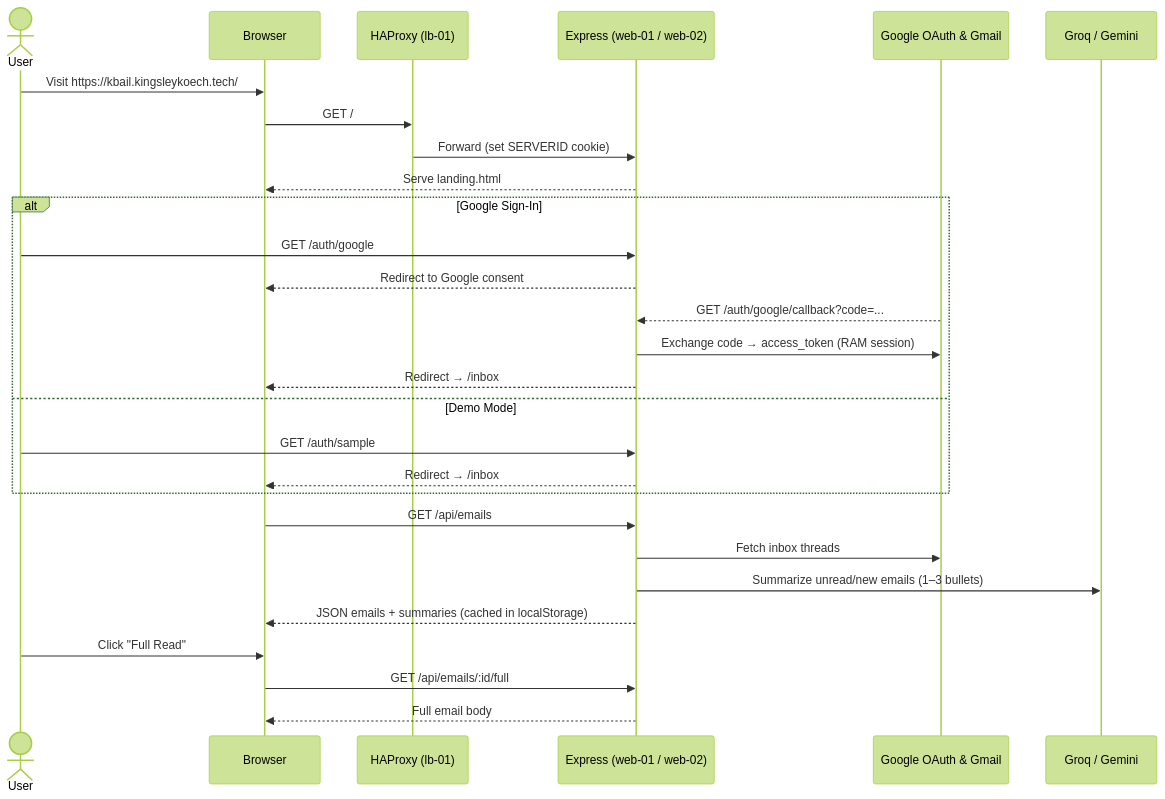
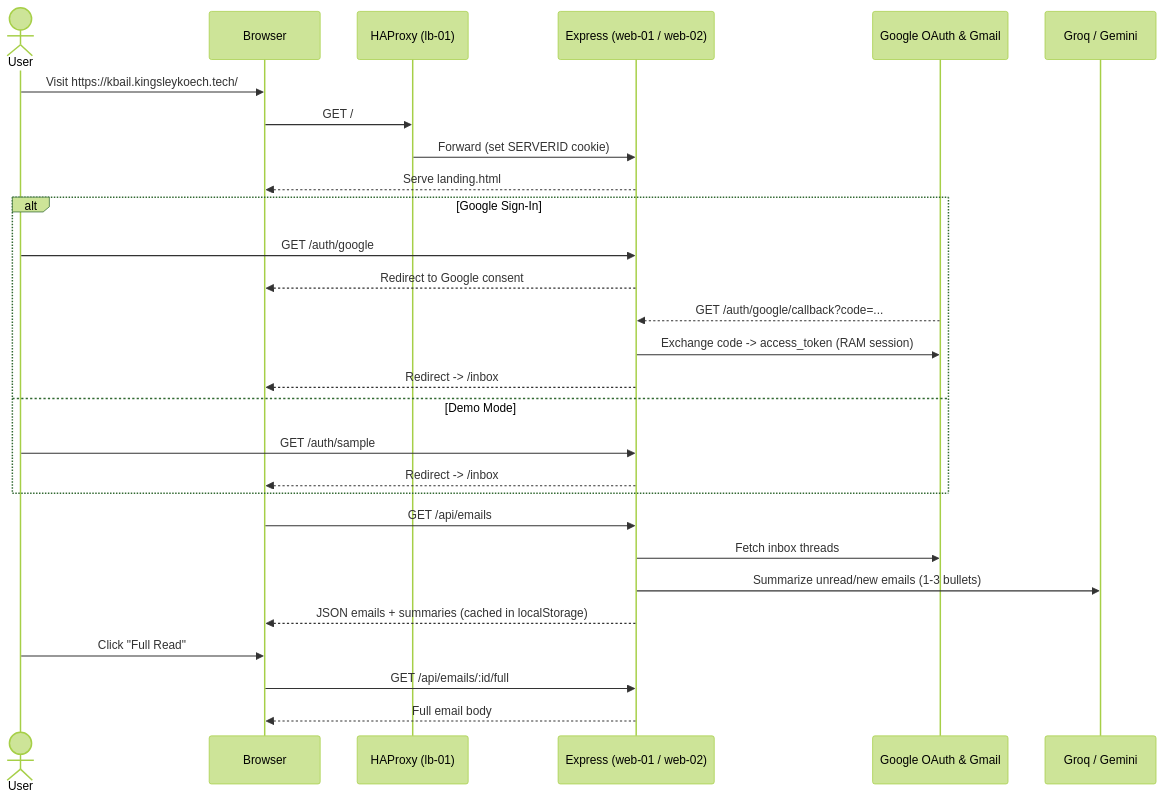
One commit to kingsleykipkoech/K-Bail- changed the second of 2 diagrams in README.md. Above: the diagram before and after it, drawn with Mermaid (forest theme). The commit also changed other lines of this file, not shown here.

````diff
--- a/README.md
+++ b/README.md
@@ -50,34 +50,34 @@
 ```mermaid
 sequenceDiagram
     actor User
     participant Browser
     participant LB as HAProxy (lb-01)
     participant App as Express (web-01 / web-02)
     participant Google as Google OAuth & Gmail
     participant AI as Groq / Gemini
 
     User->>Browser: Visit https://kbail.kingsleykoech.tech/
     Browser->>LB: GET /
     LB->>App: Forward (set SERVERID cookie)
     App-->>Browser: Serve landing.html
 
     alt Google Sign-In
         User->>App: GET /auth/google
         App-->>Browser: Redirect to Google consent
         Google-->>App: GET /auth/google/callback?code=...
-        App->>Google: Exchange code → access_token (RAM session)
-        App-->>Browser: Redirect → /inbox
+        App->>Google: Exchange code -> access_token (RAM session)
+        App-->>Browser: Redirect -> /inbox
     else Demo Mode
         User->>App: GET /auth/sample
-        App-->>Browser: Redirect → /inbox
+        App-->>Browser: Redirect -> /inbox
     end
 
     Browser->>App: GET /api/emails
     App->>Google: Fetch inbox threads
-    App->>AI: Summarize unread/new emails (1–3 bullets)
+    App->>AI: Summarize unread/new emails (1-3 bullets)
     App-->>Browser: JSON emails + summaries (cached in localStorage)
 
     User->>Browser: Click "Full Read"
     Browser->>App: GET /api/emails/:id/full
     App-->>Browser: Full email body
 ```
````
